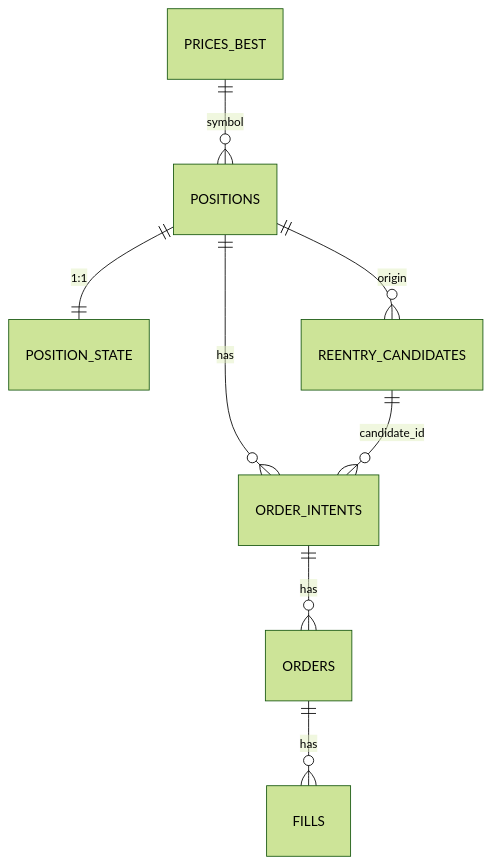
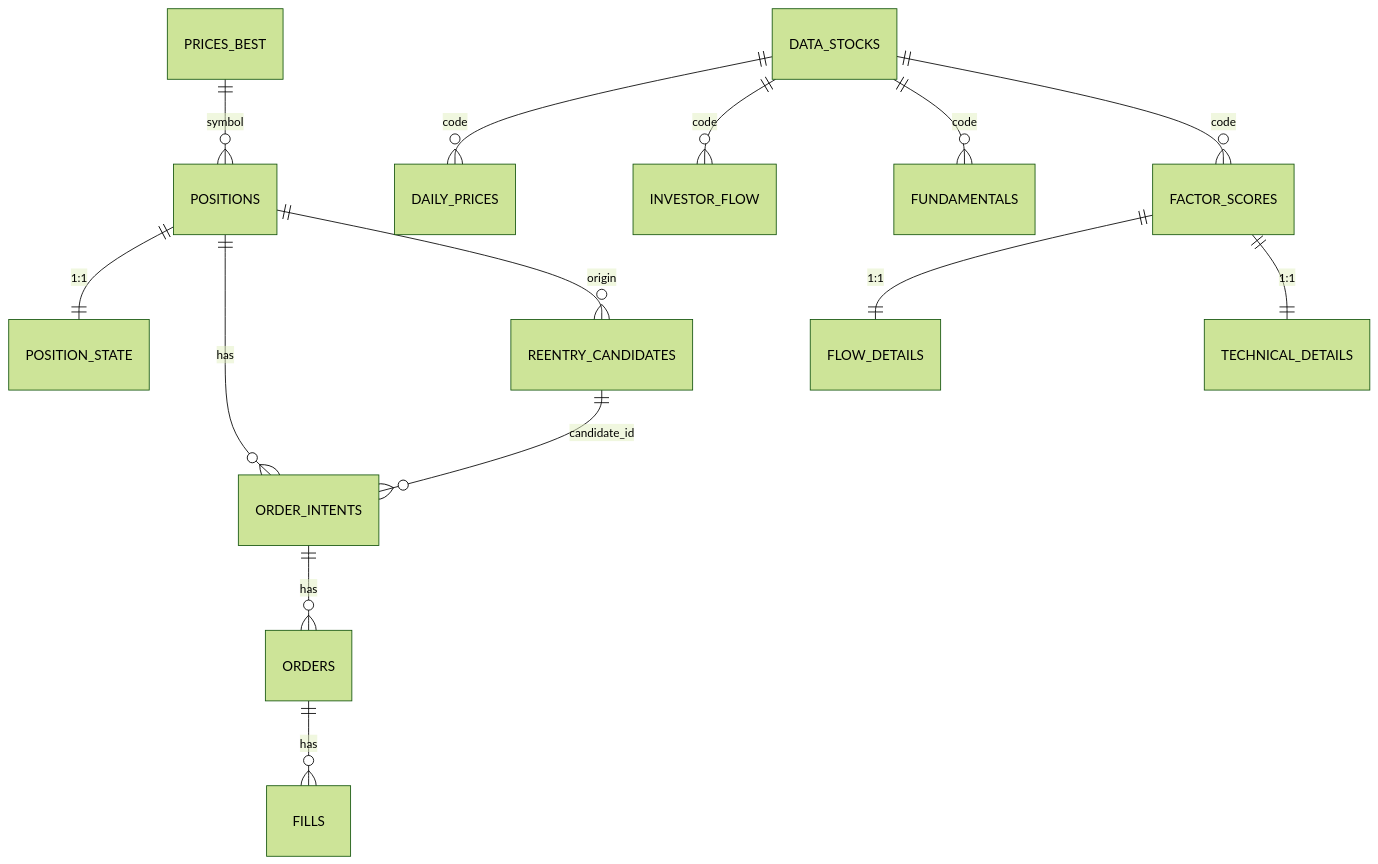
Before and after one commit to joungwonlim/aegis-v14: the diagram in docs/database/schema.md, drawn with Mermaid (forest theme). The commit also changed other lines of this file and 4 other files, not shown here.

````diff
--- a/docs/database/schema.md
+++ b/docs/database/schema.md
@@ -966,10 +1289,17 @@
 ```mermaid
 erDiagram
     PRICES_BEST ||--o{ POSITIONS : "symbol"
     POSITIONS ||--|| POSITION_STATE : "1:1"
     POSITIONS ||--o{ ORDER_INTENTS : "has"
     POSITIONS ||--o{ REENTRY_CANDIDATES : "origin"
     ORDER_INTENTS ||--o{ ORDERS : "has"
     ORDERS ||--o{ FILLS : "has"
     REENTRY_CANDIDATES ||--o{ ORDER_INTENTS : "candidate_id"
+
+    DATA_STOCKS ||--o{ DAILY_PRICES : "code"
+    DATA_STOCKS ||--o{ INVESTOR_FLOW : "code"
+    DATA_STOCKS ||--o{ FUNDAMENTALS : "code"
+    DATA_STOCKS ||--o{ FACTOR_SCORES : "code"
+    FACTOR_SCORES ||--|| FLOW_DETAILS : "1:1"
+    FACTOR_SCORES ||--|| TECHNICAL_DETAILS : "1:1"
 ```
````
